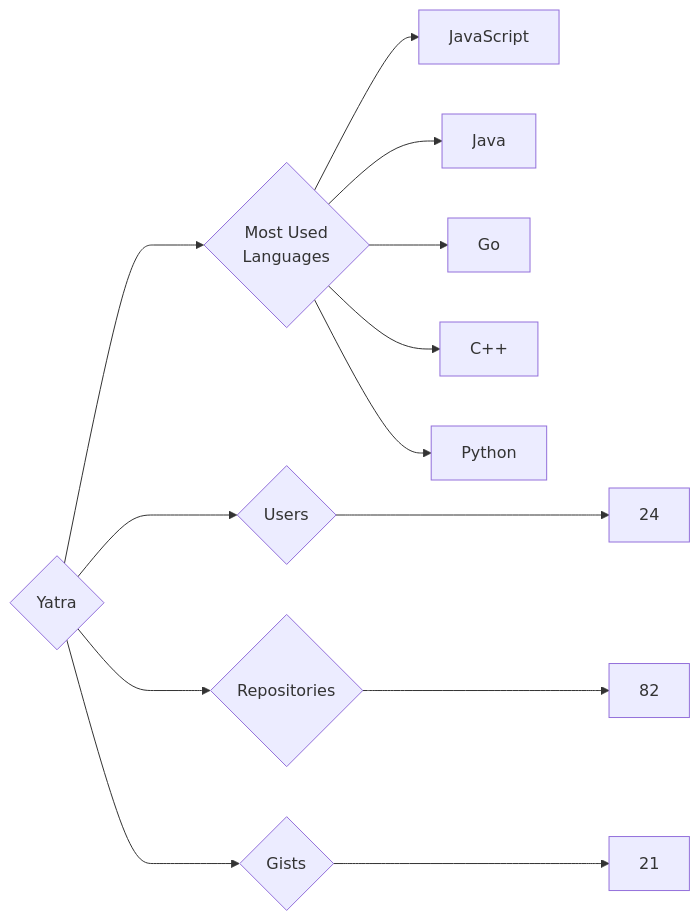
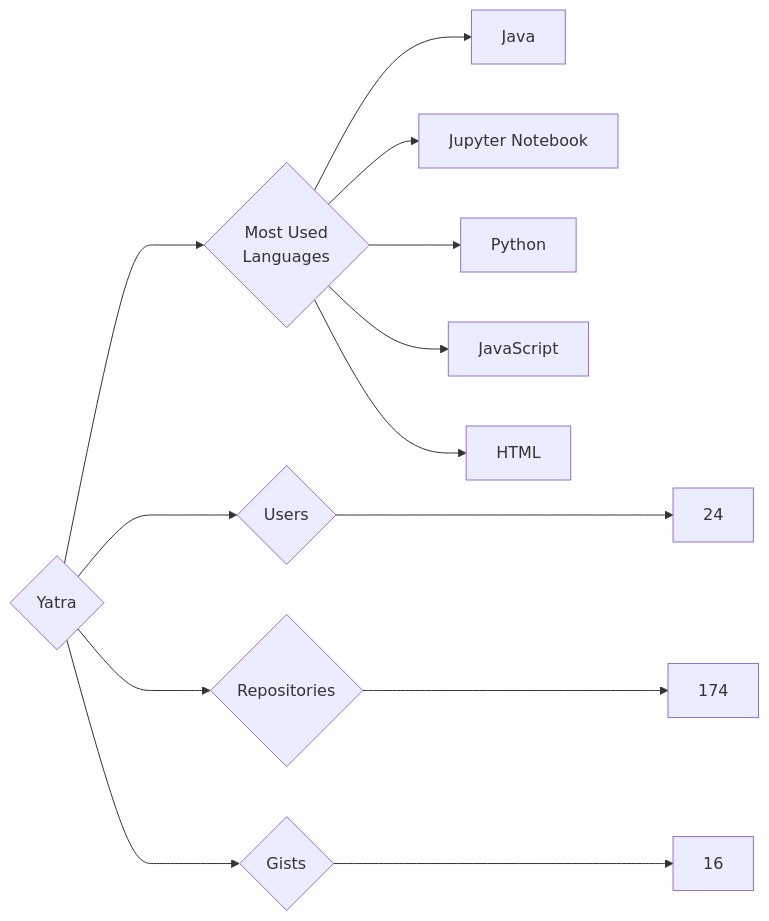
Before and after one commit to trickest/insiders: the diagram in targets/Yatra/README.md, drawn with Mermaid. The commit also changed 787 other files, not shown here.

````diff
--- a/targets/Yatra/README.md
+++ b/targets/Yatra/README.md
@@ -3,13 +3,13 @@
 ```mermaid
 graph LR
 COMPANY_NAME{Yatra}
 COMPANY_NAME ---> U{Users} ---> UN[24]
-COMPANY_NAME ---> R{Repositories} ---> RN[82]
-COMPANY_NAME ---> G{Gists} ---> GN[21]
+COMPANY_NAME ---> R{Repositories} ---> RN[174]
+COMPANY_NAME ---> G{Gists} ---> GN[16]
 COMPANY_NAME ---> ML{Most Used<br>Languages}
+ML --> Java[Java]
+ML --> Jupyter_Notebook[Jupyter Notebook]
+ML --> Python[Python]
 ML --> JavaScript[JavaScript]
-ML --> Java[Java]
-ML --> Go[Go]
-ML --> C++[C++]
-ML --> Python[Python]
+ML --> HTML[HTML]
 ```
````
